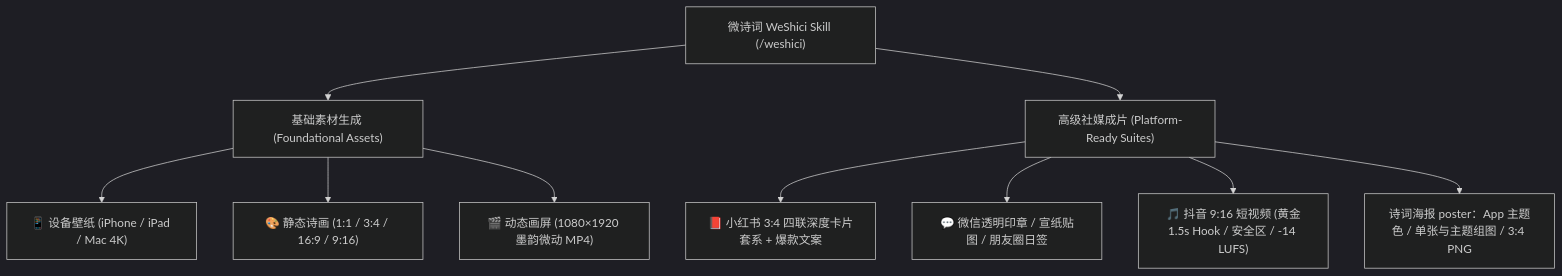
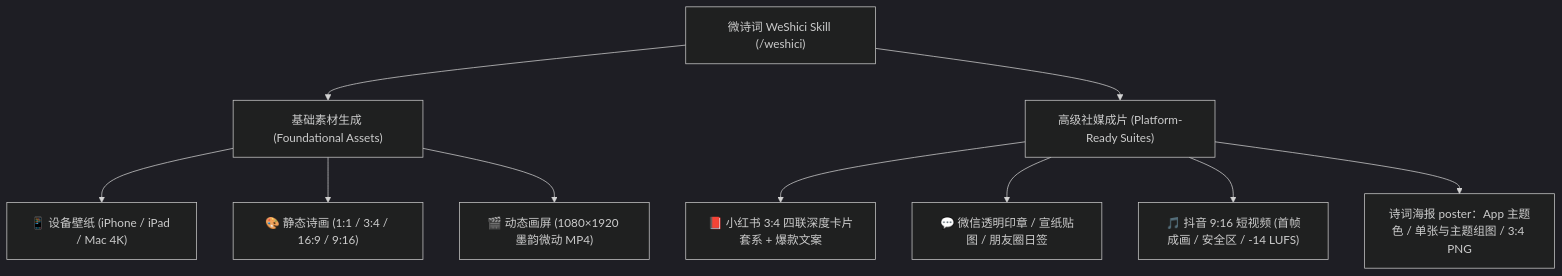
The diagram in README.md (charsunny/weshici-skill), drawn with Mermaid (dark theme) before and after one commit. The commit also changed other lines of this file and 22 other files, not shown here.

````diff
--- a/README.md
+++ b/README.md
@@ -55,14 +55,14 @@
 ```mermaid
 graph TD
     A["微诗词 WeShici Skill (/weshici)"] --> B["基础素材生成 (Foundational Assets)"]
     A --> C["高级社媒成片 (Platform-Ready Suites)"]
 
     B --> B1["📱 设备壁纸 (iPhone / iPad / Mac 4K)"]
     B --> B2["🎨 静态诗画 (1:1 / 3:4 / 16:9 / 9:16)"]
     B --> B3["🎬 动态画屏 (1080×1920 墨韵微动 MP4)"]
 
     C --> C1["📕 小红书 3:4 四联深度卡片套系 + 爆款文案"]
     C --> C2["💬 微信透明印章 / 宣纸贴图 / 朋友圈日签"]
-    C --> C3["🎵 抖音 9:16 短视频 (黄金1.5s Hook / 安全区 / -14 LUFS)"]
+    C --> C3["🎵 抖音 9:16 短视频 (首帧成画 / 安全区 / -14 LUFS)"]
     C --> C4["诗词海报 poster：App 主题色 / 单张与主题组图 / 3:4 PNG"]
 ```
````
